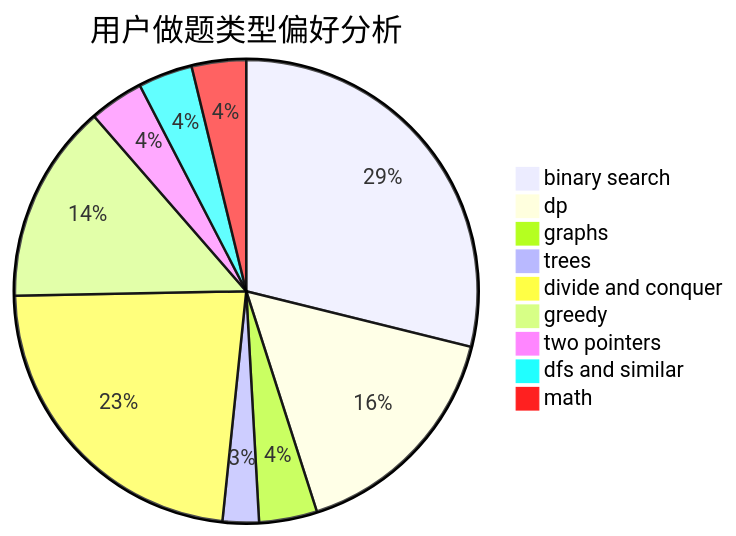
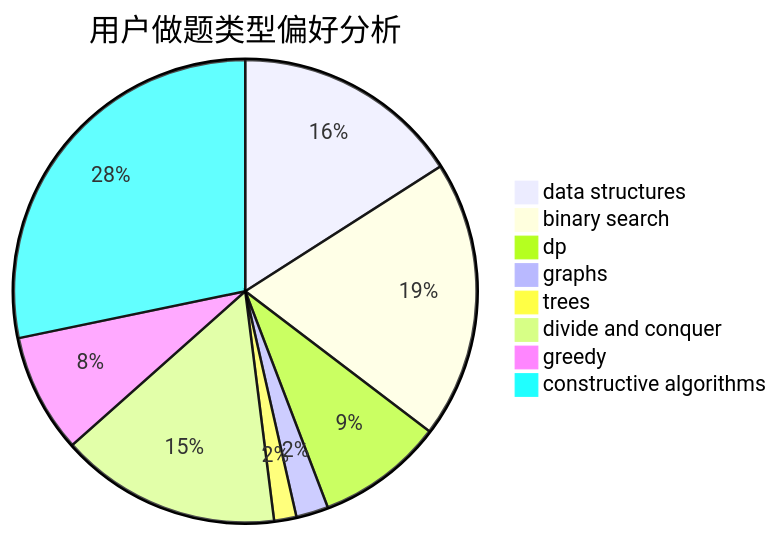
Before and after one commit to sherpahu/cfrs.github.io: the second of 3 diagrams in docs/user/u1592.md, drawn with Mermaid. The commit also changed other lines of this file and 2775 other files, not shown here.

````diff
--- a/docs/user/u1592.md
+++ b/docs/user/u1592.md
@@ -23,12 +23,11 @@
 ```mermaid
 pie title 用户做题类型偏好分析
-    "binary search" :  114
-    "dp" :  64
-    "graphs" :  16
-    "trees" :  10
-    "divide and conquer" :  91
-    "greedy" :  55
-    "two pointers" :  15
-    "dfs and similar" :  15
-    "math" :  15
+    "data structures" :  92
+    "binary search" :  112
+    "dp" :  51
+    "graphs" :  13
+    "trees" :  9
+    "divide and conquer" :  89
+    "greedy" :  48
+    "constructive algorithms" :  163
 ```
````
